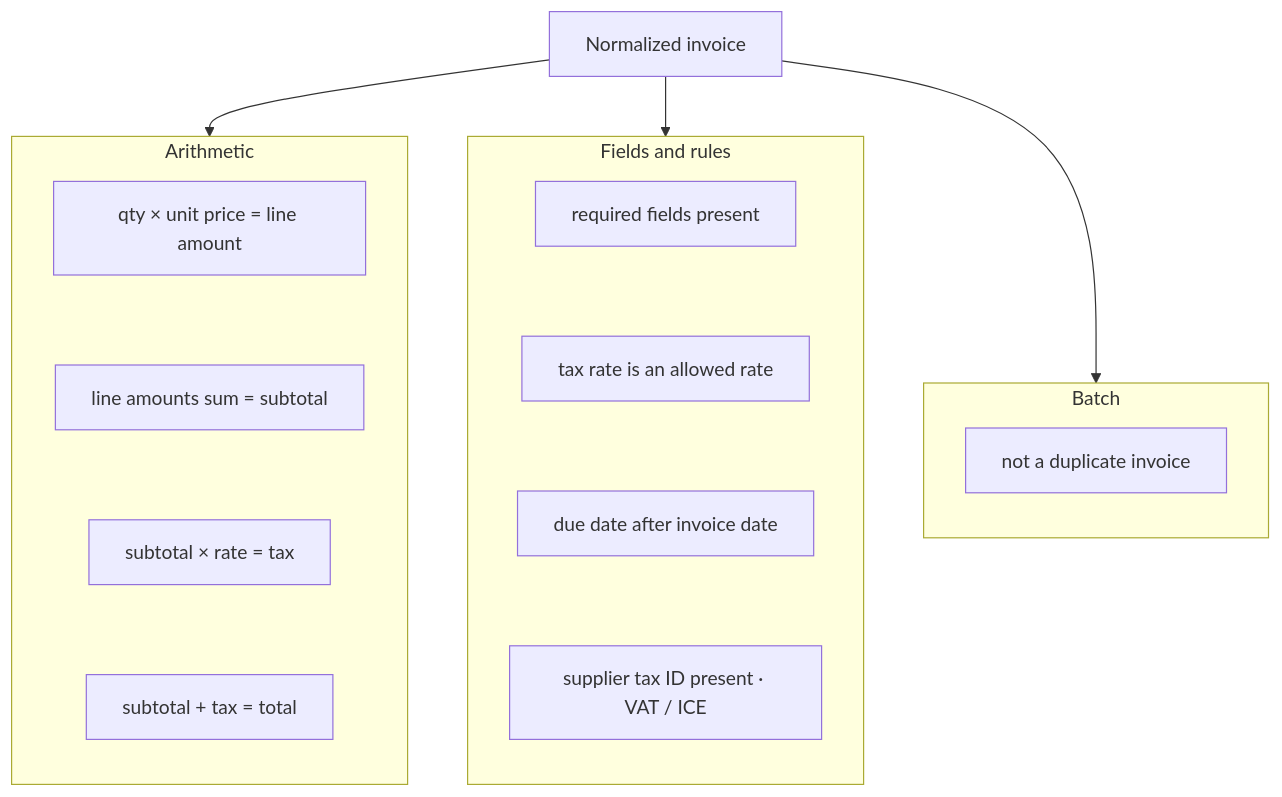
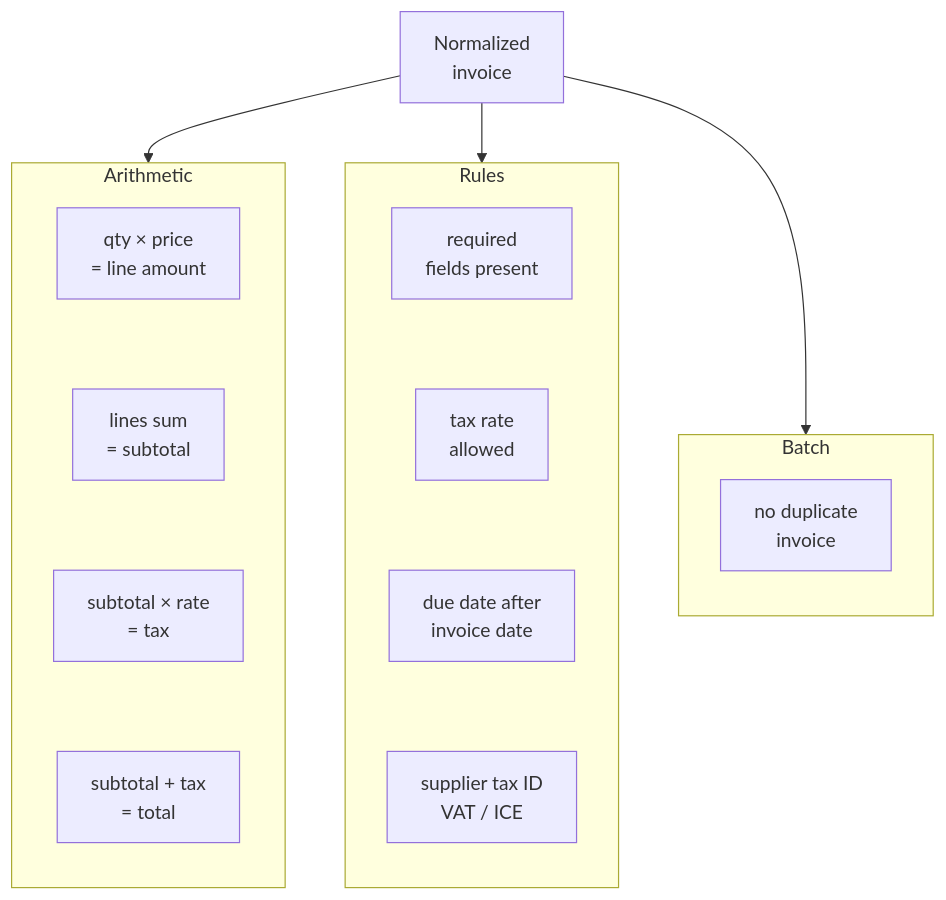
One commit to SaidIbenariba/private-invoice-ai changed the second of 2 diagrams in README.md. Above: the diagram before and after it, drawn with Mermaid. The commit also changed other lines of this file, not shown here.

Commit message:
README diagrams: SVG labels and short lines so text isn't clipped in dark mode

````diff
--- a/README.md
+++ b/README.md
@@ -65,27 +79,38 @@
 ```mermaid
+%%{init: {"flowchart": {"htmlLabels": false, "padding": 14}}}%%
 flowchart TB
-    INV["Normalized invoice"] --> MATH & FIELDS & BATCH
+    INV["Normalized
+    invoice"] --> MATH & FIELDS & BATCH
 
     subgraph MATH ["Arithmetic"]
         direction TB
-        L["qty × unit price = line amount"]
-        S["line amounts sum = subtotal"]
-        TX["subtotal × rate = tax"]
-        TT["subtotal + tax = total"]
+        L["qty × price
+        = line amount"]
+        S["lines sum
+        = subtotal"]
+        TX["subtotal × rate
+        = tax"]
+        TT["subtotal + tax
+        = total"]
         L ~~~ S ~~~ TX ~~~ TT
     end
 
-    subgraph FIELDS ["Fields and rules"]
+    subgraph FIELDS ["Rules"]
         direction TB
-        F["required fields present"]
-        RT["tax rate is an allowed rate"]
-        D["due date after invoice date"]
-        ID["supplier tax ID present · VAT / ICE"]
+        F["required
+        fields present"]
+        RT["tax rate
+        allowed"]
+        D["due date after
+        invoice date"]
+        ID["supplier tax ID
+        VAT / ICE"]
         F ~~~ RT ~~~ D ~~~ ID
     end
 
     subgraph BATCH ["Batch"]
         direction TB
-        DUP["not a duplicate invoice"]
+        DUP["no duplicate
+        invoice"]
     end
 ```
````
